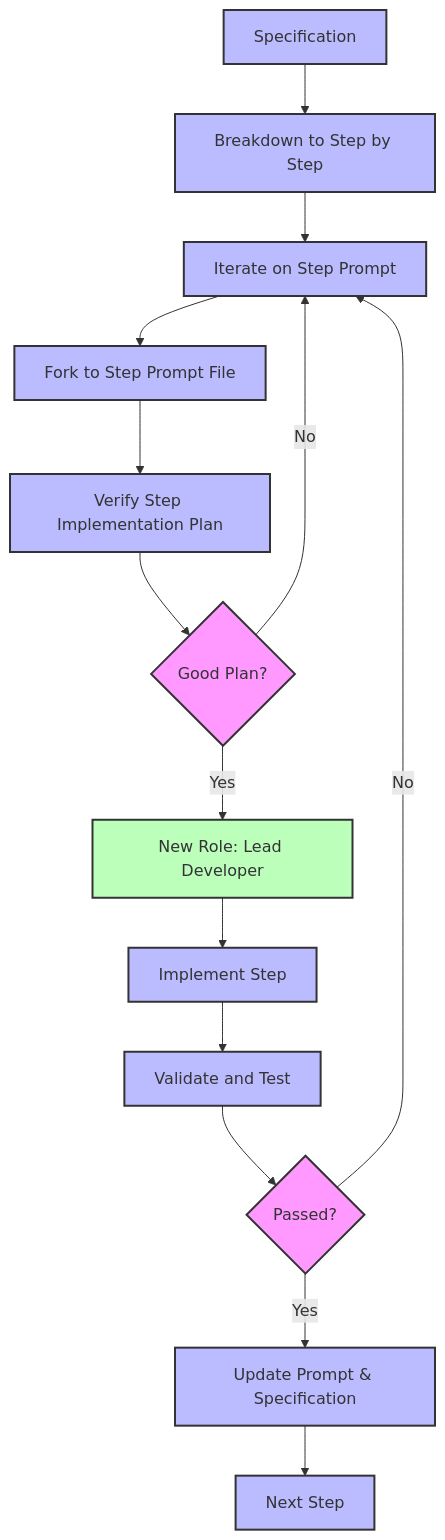
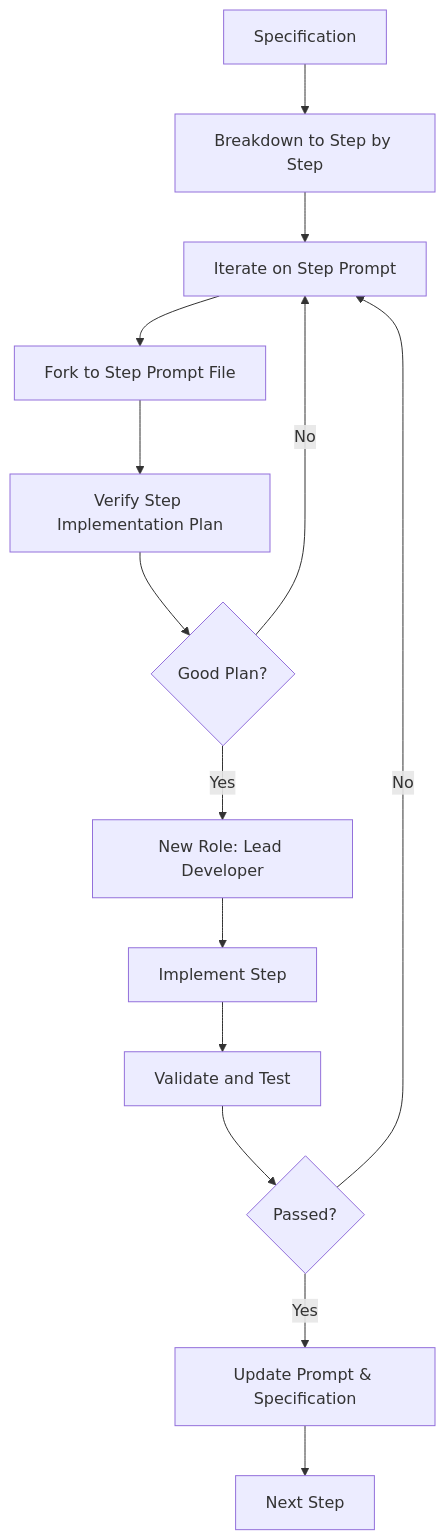
One commit to lossless-group/lossless-content changed the diagram in projects/ACE-It/Docs-Kit/Living-Specifications.md. Above: the diagram before and after it, drawn with Mermaid.

Commit message:
remove colors from mermaid chart

````diff
--- a/projects/ACE-It/Docs-Kit/Living-Specifications.md
+++ b/projects/ACE-It/Docs-Kit/Living-Specifications.md
@@ -13,26 +13,19 @@
 ```mermaid
 graph TD
     %% Main Flow
     A[Specification] --> B[Breakdown to Step by Step]
     B --> C[Create Step Prompt]
     C --> D[Fork to Step Prompt File]
     D --> E[Verify Step Implementation Plan]
     E --> F{Good Plan?}
     F -->|No| C[Iterate on Step Prompt]
     F -->|Yes| G[New Role: Lead Developer]
     G --> H[Implement Step]
     H --> I[Validate and Test]
     I --> J{Passed?}
     J -->|No| C[Iterate on Step Prompt]
     J -->|Yes| K[Update Prompt & Specification]
     K --> L[Next Step]
     
-    %% Styling
-    classDef decision fill:#f9f,stroke:#333,stroke-width:2px
-    classDef process fill:#bbf,stroke:#333,stroke-width:2px
-    classDef role fill:#bfb,stroke:#333,stroke-width:2px
-    
-    class F,J decision
-    class A,B,C,D,E,H,I,K,L process
-    class G role
+
 ```
````
